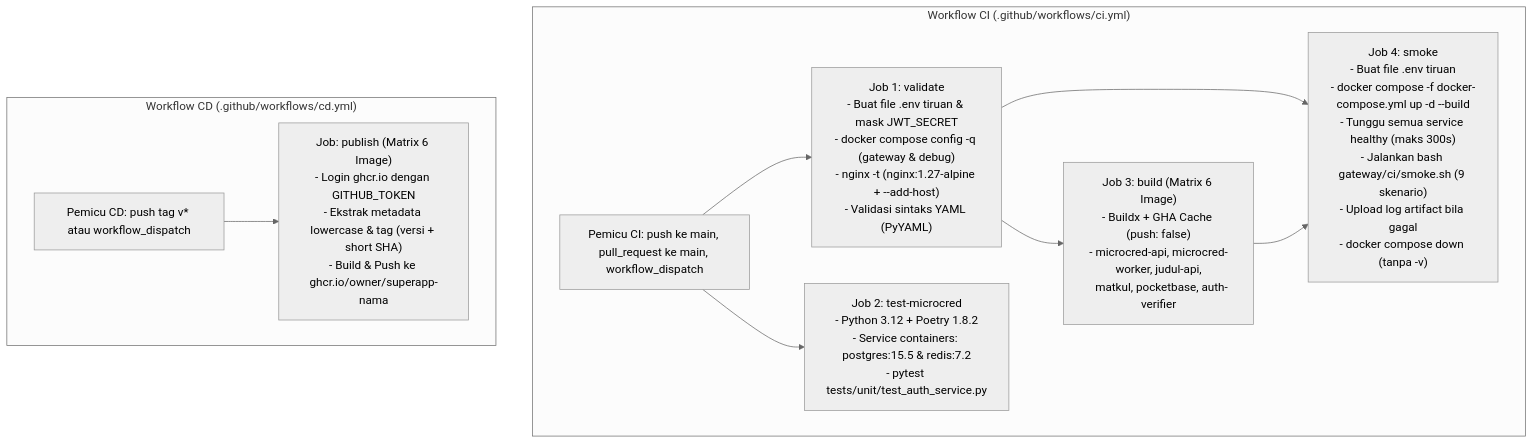
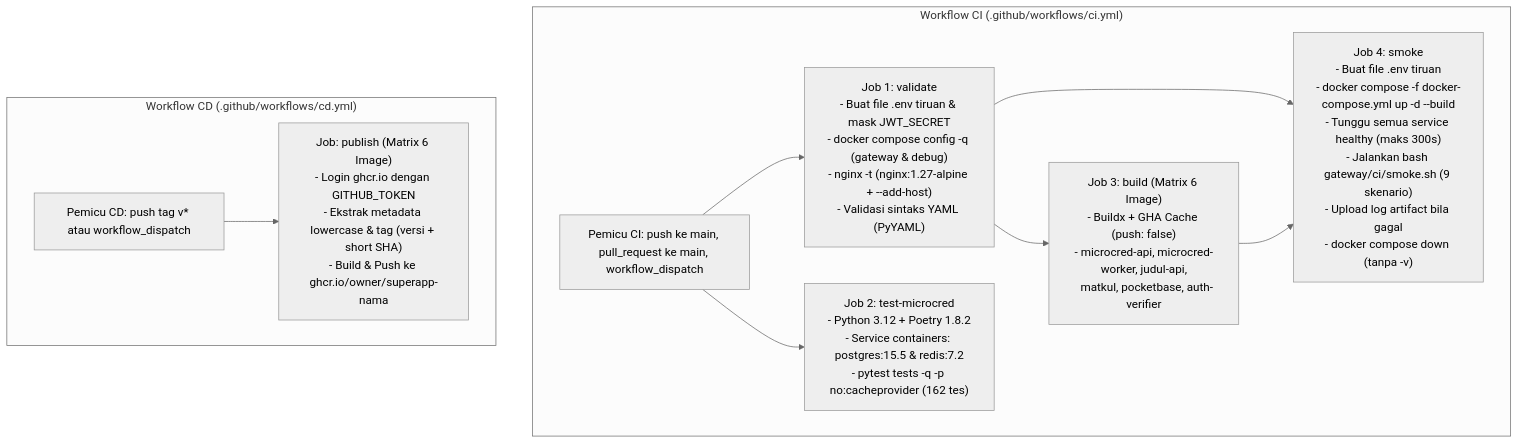
One commit to rapsz30/superapp-gateway changed the diagram in docs/ci-cd.md. Above: the diagram before and after it, drawn with Mermaid (neutral theme). The commit also changed other lines of this file and 1 other file, not shown here.

````diff
--- a/docs/ci-cd.md
+++ b/docs/ci-cd.md
@@ -9,23 +9,23 @@
 ```mermaid
 flowchart TD
     subgraph CI["Workflow CI (.github/workflows/ci.yml)"]
         T_CI["Pemicu CI: push ke main, pull_request ke main, workflow_dispatch"]
         J_VAL["Job 1: validate<br/>- Buat file .env tiruan & mask JWT_SECRET<br/>- docker compose config -q (gateway & debug)<br/>- nginx -t (nginx:1.27-alpine + --add-host)<br/>- Validasi sintaks YAML (PyYAML)"]
-        J_TEST["Job 2: test-microcred<br/>- Python 3.12 + Poetry 1.8.2<br/>- Service containers: postgres:15.5 & redis:7.2<br/>- pytest tests/unit/test_auth_service.py"]
+        J_TEST["Job 2: test-microcred<br/>- Python 3.12 + Poetry 1.8.2<br/>- Service containers: postgres:15.5 & redis:7.2<br/>- pytest tests -q -p no:cacheprovider (162 tes)"]
         J_BUILD["Job 3: build (Matrix 6 Image)<br/>- Buildx + GHA Cache (push: false)<br/>- microcred-api, microcred-worker, judul-api,<br/>  matkul, pocketbase, auth-verifier"]
         J_SMOKE["Job 4: smoke<br/>- Buat file .env tiruan<br/>- docker compose -f docker-compose.yml up -d --build<br/>- Tunggu semua service healthy (maks 300s)<br/>- Jalankan bash gateway/ci/smoke.sh (9 skenario)<br/>- Upload log artifact bila gagal<br/>- docker compose down (tanpa -v)"]
 
         T_CI --> J_VAL
         T_CI --> J_TEST
         J_VAL --> J_BUILD
         J_VAL --> J_SMOKE
         J_BUILD --> J_SMOKE
     end
 
     subgraph CD["Workflow CD (.github/workflows/cd.yml)"]
         T_CD["Pemicu CD: push tag v* atau workflow_dispatch"]
         J_PUB["Job: publish (Matrix 6 Image)<br/>- Login ghcr.io dengan GITHUB_TOKEN<br/>- Ekstrak metadata lowercase & tag (versi + short SHA)<br/>- Build & Push ke ghcr.io/owner/superapp-nama"]
 
         T_CD --> J_PUB
     end
 ```
````
